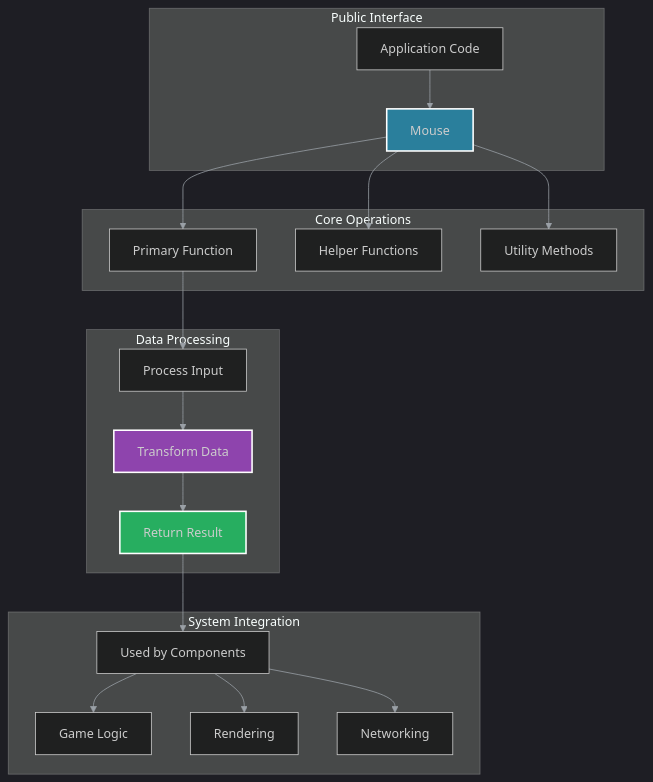
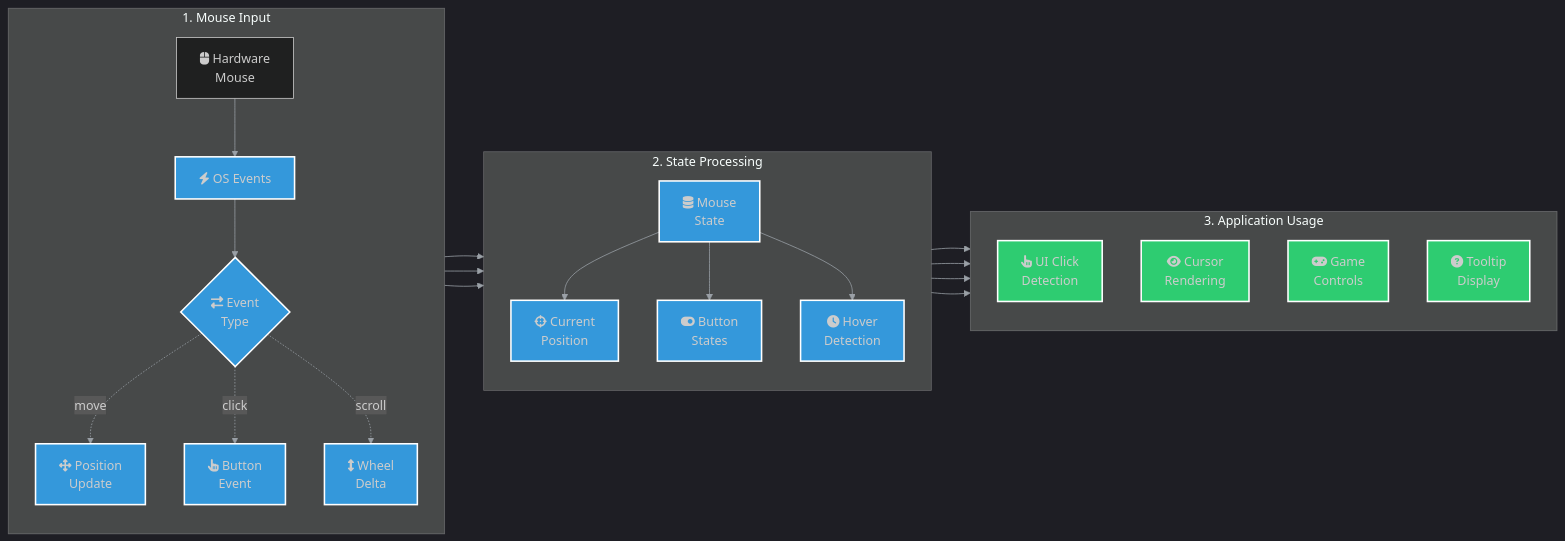
The diagram in docs/authoring/01_core/api/cpp/framework/diagrams/mouse.mmd (lukaszj321/otcv8-dev), drawn with Mermaid before and after one commit. The commit also changed 5 other files, not shown here.

First line of the commit message:
docs(diagrams): redesign 6 more diagrams with architectural layer system

```diff
--- a/docs/authoring/01_core/api/cpp/framework/diagrams/mouse.mmd
+++ b/docs/authoring/01_core/api/cpp/framework/diagrams/mouse.mmd
@@ -1,28 +1,36 @@
 %%{init: {'theme':'dark','themeVariables': {'primaryTextColor':'#ddd','lineColor':'#9aa0a6'},'securityLevel':'loose'}}%%
-graph TD
-    subgraph Interface["Public Interface"]
-        A[Application Code] --> B[Mouse]
+graph LR
+    subgraph Input["1. Mouse Input"]
+        direction TB
+        A["fa:fa-mouse Hardware<br/>Mouse"] --> B["fa:fa-bolt OS Events"]
+        B --> C{"fa:fa-exchange-alt Event<br/>Type"}
+        C -.move.-> D["fa:fa-arrows-alt Position<br/>Update"]
+        C -.click.-> E["fa:fa-hand-pointer Button<br/>Event"]
+        C -.scroll.-> F["fa:fa-arrows-alt-v Wheel<br/>Delta"]
     end
 
-    subgraph Operations["Core Operations"]
-        B --> C[Primary Function]
-        B --> D[Helper Functions]
-        B --> E[Utility Methods]
+    subgraph Processing["2. State Processing"]
+        direction TB
+        D --> G["fa:fa-database Mouse<br/>State"]
+        E --> G
+        F --> G
+        G --> H["fa:fa-crosshairs Current<br/>Position"]
+        G --> I["fa:fa-toggle-on Button<br/>States"]
+        G --> J["fa:fa-clock Hover<br/>Detection"]
     end
 
-    subgraph Processing["Data Processing"]
-        C --> F[Process Input]
-        F --> G[Transform Data]
-        G --> H[Return Result]
+    subgraph Usage["3. Application Usage"]
+        direction TB
+        H --> K["fa:fa-hand-pointer UI Click<br/>Detection"]
+        H --> L["fa:fa-eye Cursor<br/>Rendering"]
+        I --> M["fa:fa-gamepad Game<br/>Controls"]
+        J --> N["fa:fa-question-circle Tooltip<br/>Display"]
     end
 
-    subgraph Integration["System Integration"]
-        H --> I[Used by Components]
-        I --> J[Game Logic]
-        I --> K[Rendering]
-        I --> L[Networking]
-    end
-
-    style B fill:#2a7f9c,stroke:#fff,stroke-width:2px
-    style G fill:#8e44ad,stroke:#fff,stroke-width:2px
-    style H fill:#27ae60,stroke:#fff,stroke-width:2px
+    %% Architectural Layer Colors
+    classDef core fill:#3498db,stroke:#fff,stroke-width:2px
+    classDef subsystem fill:#2ecc71,stroke:#fff,stroke-width:2px
+    
+    %% Apply styles
+    class B,C,D,E,F,G,H,I,J core
+    class K,L,M,N subsystem
```
